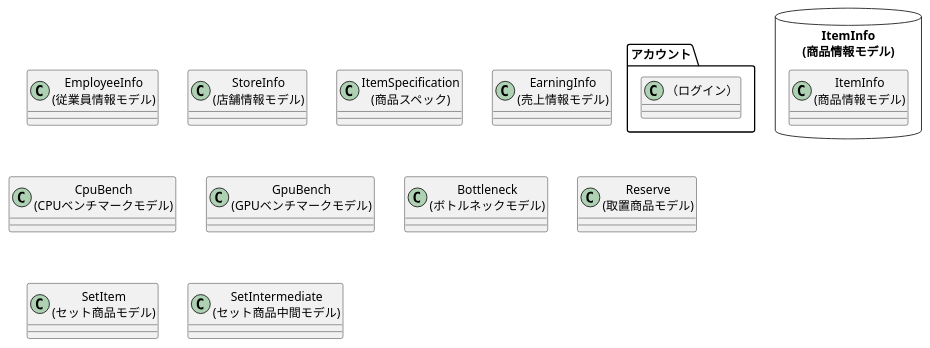
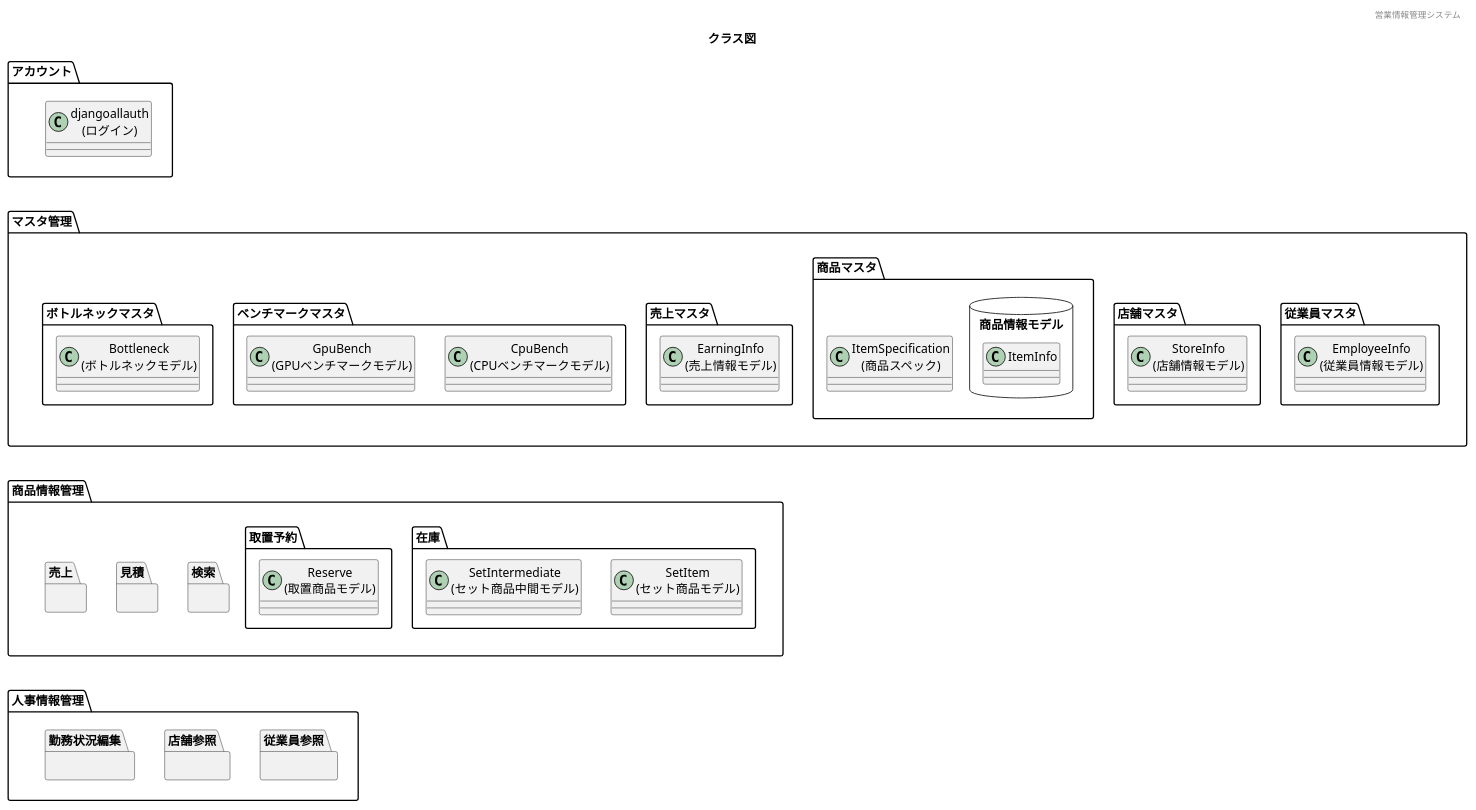
One commit to HaruShim/Sotuken changed the diagram in 各種設計書/5クラス図/クラス図_naito.plantuml. Above: the diagram before and after it, drawn with PlantUML. The commit also changed other lines of this file and 1 other file, not shown here.

```diff
--- a/各種設計書/5クラス図/クラス図_naito.plantuml
+++ b/各種設計書/5クラス図/クラス図_naito.plantuml
@@ -1,21 +7,108 @@
-@startuml 仮作成
+@startuml class_diagrams
+' ヘッダー
+header 営業情報管理システム
+' タイトル
+title クラス図
+
+    ' 機能名 アカウント
+    ' 機能ID F00
 package "アカウント"{
-    class "（ログイン）"
+    class "djangoallauth\n(ログイン)" as djangoallauth{
+    }
 }
 
+package "マスタ管理" {
 
-    class "EmployeeInfo\n(従業員情報モデル)" as 従業員情報モデル
-    class "StoreInfo\n(店舗情報モデル)" as 店舗情報モデル
-    class "ItemInfo\n(商品情報モデル)" as 商品情報モデル
-    package 商品情報モデル <<Database>> {
-        class "ItemInfo\n(商品情報モデル)" as 商品情報モデル2
+    ' 機能名 従業員マスタ
+    ' 機能ID F01
+    package "従業員マスタ" as F01{
+        class "EmployeeInfo\n(従業員情報モデル)" as 従業員情報モデル{}
     }
+
+    ' 機能名 店舗マスタ
+    ' 機能ID F02
+    package "店舗マスタ" as F02{
+        class "StoreInfo\n(店舗情報モデル)" as 店舗情報モデル
+    }
+
+    ' 機能名 商品マスタ
+    ' 機能ID F03
+    package "商品マスタ" as F03{
+        package 商品情報モデル <<Database>> {
+            class "ItemInfo" as 商品情報モデル
+        }
     class "ItemSpecification\n(商品スペック)" as 商品スペック
-    class "EarningInfo\n(売上情報モデル)" as 売上情報モデル
-    class "CpuBench\n(CPUベンチマークモデル)" as CPUベンチマークモデル
-    class "GpuBench\n(GPUベンチマークモデル)" as GPUベンチマークモデル
-    class "Bottleneck\n(ボトルネックモデル)" as ボトルネックモデル
-    class "Reserve\n(取置商品モデル)" as 取置商品モデル
-    class "SetItem\n(セット商品モデル)" as セット商品モデル
-    class "SetIntermediate\n(セット商品中間モデル)" as セット商品中間モデル
+    }
+    ' class "ItemInfo\n(商品情報モデル)" as 商品情報モデル
+
+    ' 機能名 売上マスタ
+    ' 機能ID F04
+    package "売上マスタ" as F04{
+        class "EarningInfo\n(売上情報モデル)" as 売上情報モデル
+    }
+
+    ' 機能名 ベンチマークマスタ
+    ' 機能ID F05
+    package "ベンチマークマスタ" as F05{
+        class "CpuBench\n(CPUベンチマークモデル)" as CPUベンチマークモデル
+        class "GpuBench\n(GPUベンチマークモデル)" as GPUベンチマークモデル
+    } 
+    
+    ' 機能名 ボトルネックマスタ
+    ' 機能ID F06
+    package "ボトルネックマスタ" as F06{
+        class "Bottleneck\n(ボトルネックモデル)" as ボトルネックモデル
+    }
+    
+    
+    
+}
+
+package "商品情報管理" {
+
+    ' 機能名 在庫
+    ' 機能ID F07
+    package "在庫" {
+        class "SetItem\n(セット商品モデル)" as セット商品モデル
+        class "SetIntermediate\n(セット商品中間モデル)" as セット商品中間モデル
+    }
+    
+    ' 機能名 検索
+    ' 機能ID F08
+    package "検索" {}
+    
+    ' 機能名 取置予約
+    ' 機能ID F09
+    package "取置予約" {
+        class "Reserve\n(取置商品モデル)" as 取置商品モデル
+    }
+    
+    ' 機能名 見積
+    ' 機能ID F10
+    package "見積" {}
+    
+    ' 機能名 売上
+    ' 機能ID F11
+    package "売上" {}
+}
+
+package "人事情報管理" {
+
+    ' 機能名 従業員参照
+    ' 機能ID F12
+    package "従業員参照" {}
+    
+    ' 機能名 店舗参照
+    ' 機能ID F13
+    package "店舗参照" {}
+    
+    ' 機能名 勤務状況編集
+    ' 機能ID F14
+    package "勤務状況編集" {}
+}
+
+アカウント -[hidden]do- マスタ管理
+マスタ管理 -[hidden]do- 商品情報管理
+商品情報管理 -[hidden]do- 人事情報管理
+
 @enduml
```
